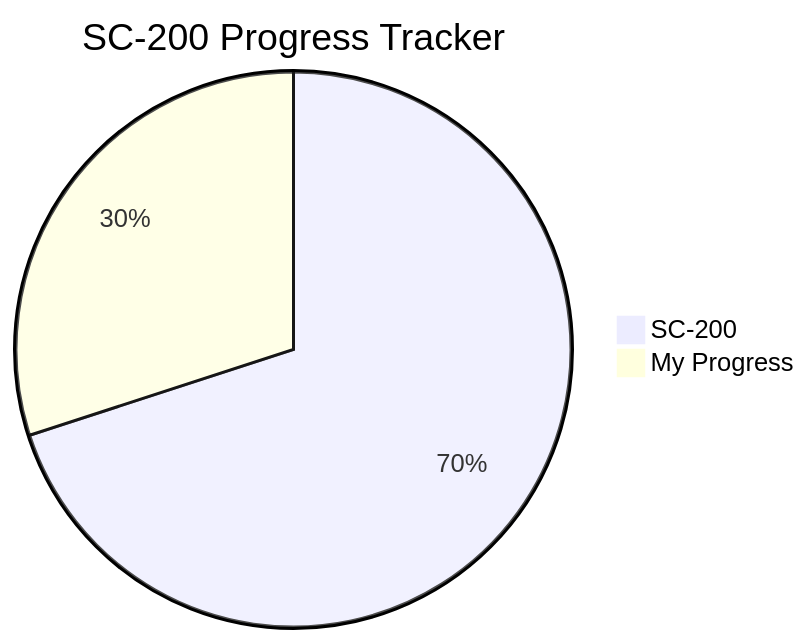
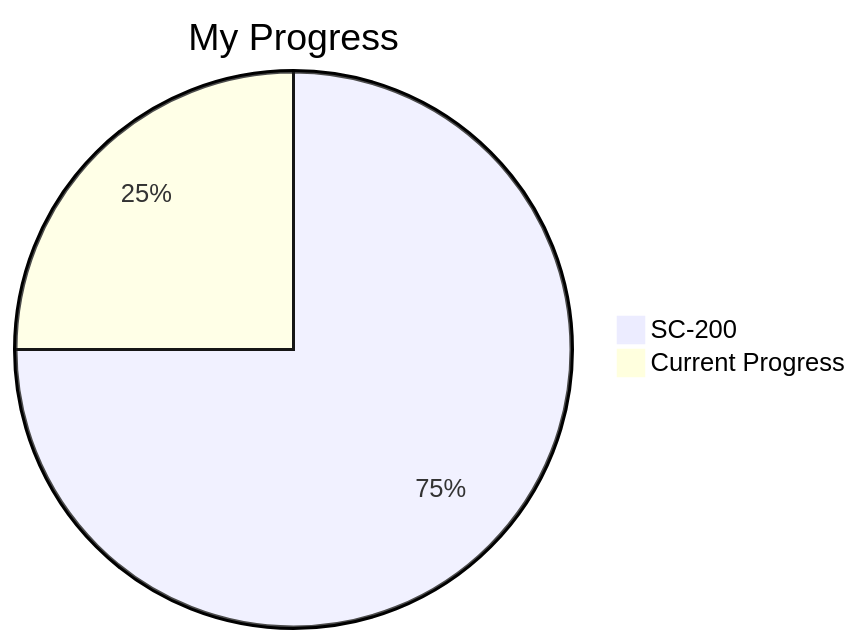
One commit to jalacloud/Certifications changed the second of 2 diagrams in Microsoft/sc-200/progress-tracker.md. Above: the diagram before and after it, drawn with Mermaid. The commit also changed other lines of this file, not shown here.

````diff
--- a/Microsoft/sc-200/progress-tracker.md
+++ b/Microsoft/sc-200/progress-tracker.md
@@ -4,6 +12,6 @@
 ```mermaid
 pie
-  title SC-200 Progress Tracker
-  "SC-200" : 70
-  "My Progress" : 30
+  title My Progress
+  "SC-200" : 75
+  "Current Progress" : 25
 ```
````
